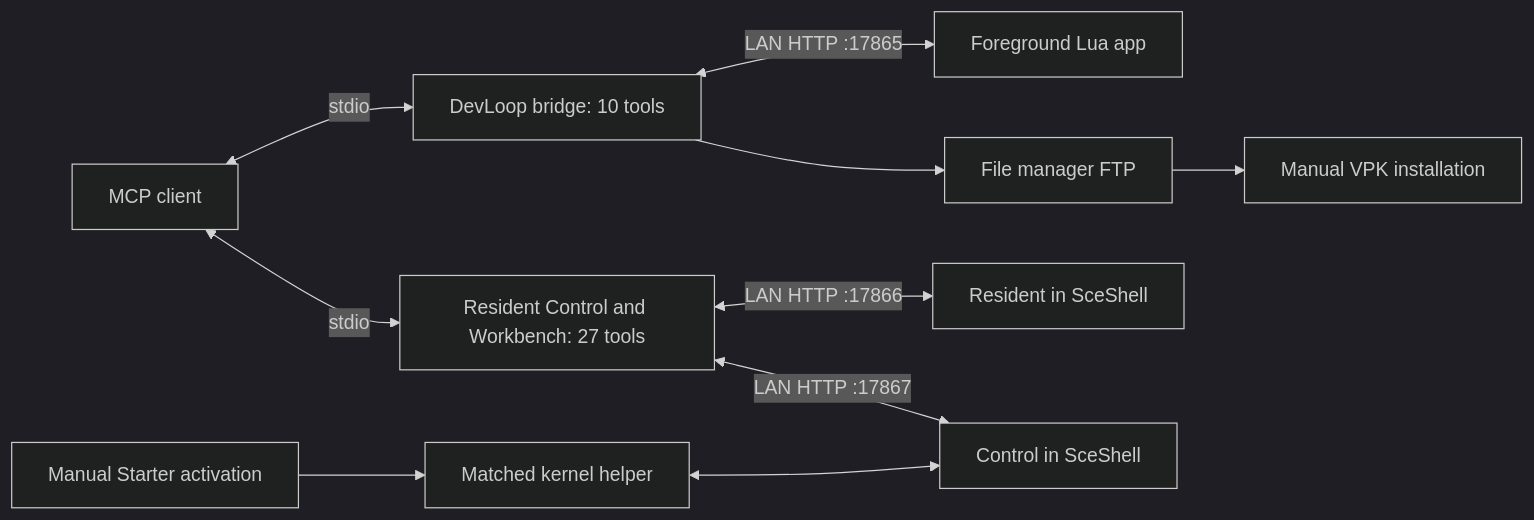
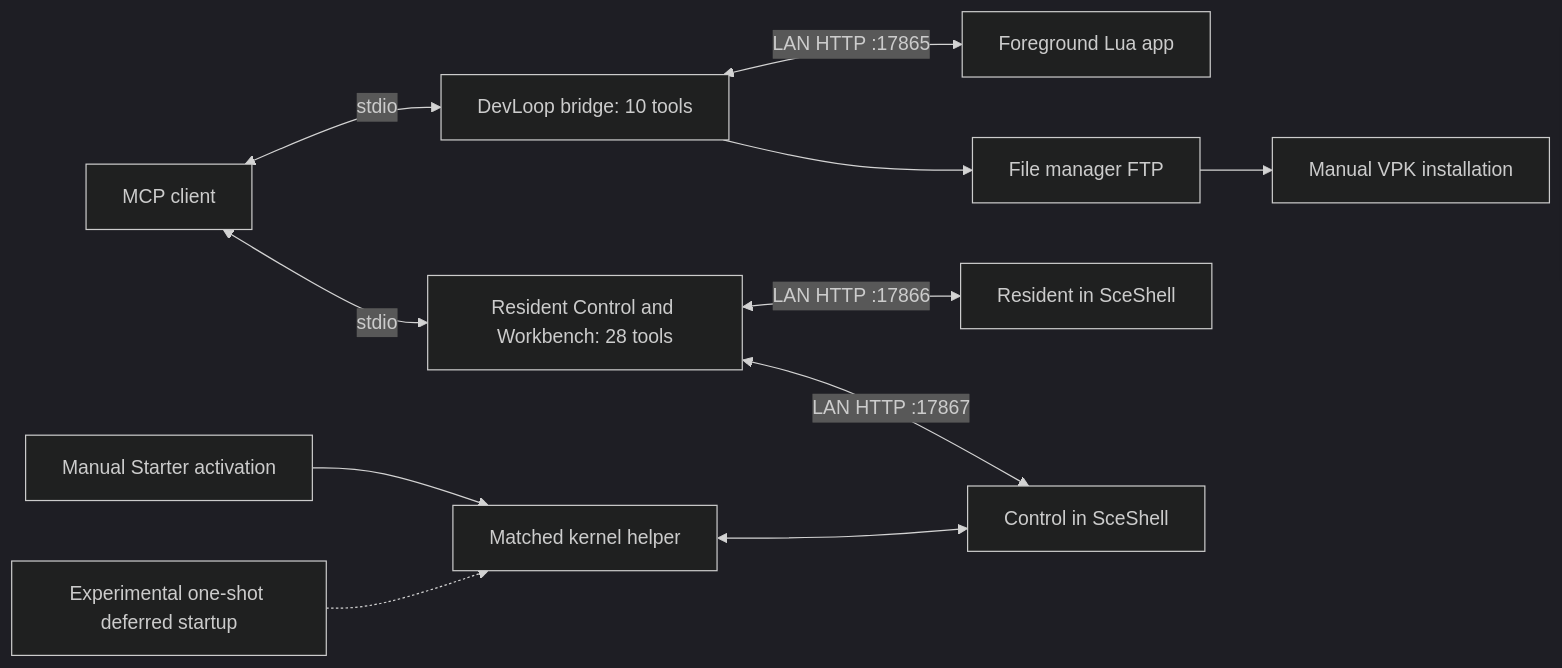
Before and after one commit to LeiterConsulting/ps-vita-mcp: the diagram in README.md, drawn with Mermaid (dark theme). The commit also changed other lines of this file and 82 other files, not shown here.

Commit message:
Prepare build-pinned DevLoop sessions and qualify deferred startup

````diff
--- a/README.md
+++ b/README.md
@@ -71,12 +74,13 @@
 ```mermaid
 flowchart LR
     Client[MCP client] <-->|stdio| DevBridge[DevLoop bridge: 10 tools]
-    Client <-->|stdio| Background[Resident Control and Workbench: 27 tools]
+    Client <-->|stdio| Background[Resident Control and Workbench: 28 tools]
     DevBridge <-->|LAN HTTP :17865| DevLoop[Foreground Lua app]
     Background <-->|LAN HTTP :17866| Resident[Resident in SceShell]
     Background <-->|LAN HTTP :17867| Control[Control in SceShell]
     Starter[Manual Starter activation] --> Kernel[Matched kernel helper]
+    Auto[Experimental one-shot deferred startup] -.-> Kernel
     Kernel <--> Control
     DevBridge --> FTP[File manager FTP]
     FTP --> Install[Manual VPK installation]
 ```
````
